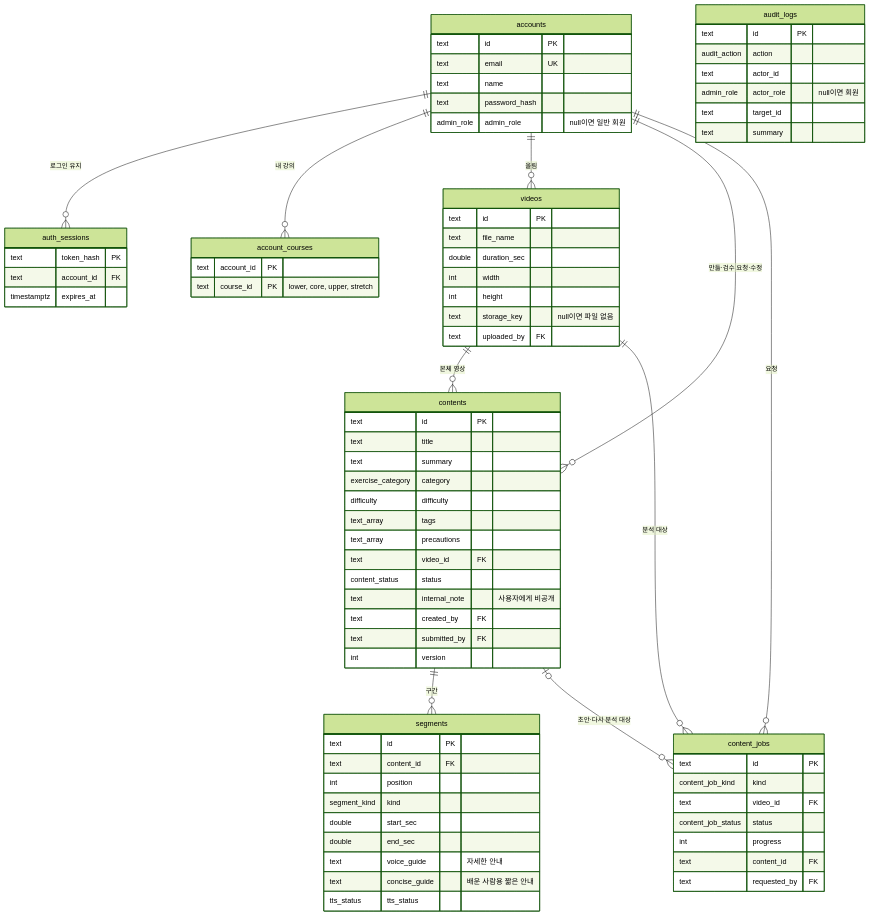
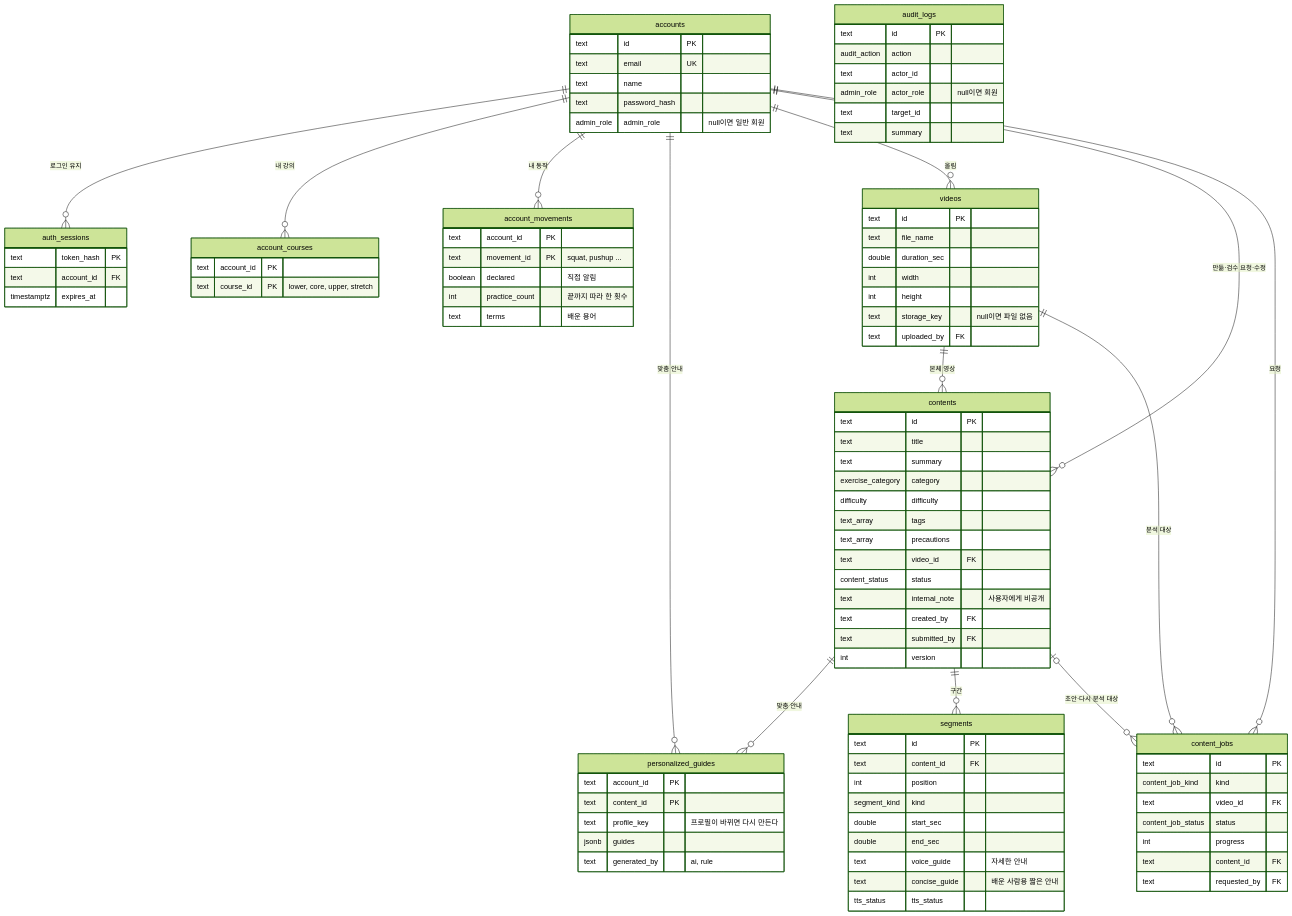
The diagram in docs/database.md (Yconic-3/Yconic), drawn with Mermaid (forest theme) before and after one commit. The commit also changed other lines of this file and 3 other files, not shown here.

```diff
--- a/docs/database.md
+++ b/docs/database.md
@@ -12,6 +12,9 @@
 erDiagram
     accounts ||--o{ auth_sessions : "로그인 유지"
     accounts ||--o{ account_courses : "내 강의"
+    accounts ||--o{ account_movements : "내 동작"
+    accounts ||--o{ personalized_guides : "맞춤 안내"
+    contents ||--o{ personalized_guides : "맞춤 안내"
     accounts ||--o{ videos : "올림"
     accounts ||--o{ contents : "만듦·검수 요청·수정"
     accounts ||--o{ content_jobs : "요청"
@@ -30,6 +33,20 @@
     account_courses {
         text account_id PK
         text course_id PK "lower, core, upper, stretch"
+    }
+    account_movements {
+        text account_id PK
+        text movement_id PK "squat, pushup ..."
+        boolean declared "직접 알림"
+        int practice_count "끝까지 따라 한 횟수"
+        text terms "배운 용어"
+    }
+    personalized_guides {
+        text account_id PK
+        text content_id PK
+        text profile_key "프로필이 바뀌면 다시 만든다"
+        jsonb guides
+        text generated_by "ai, rule"
     }
     auth_sessions {
         text token_hash PK
```
